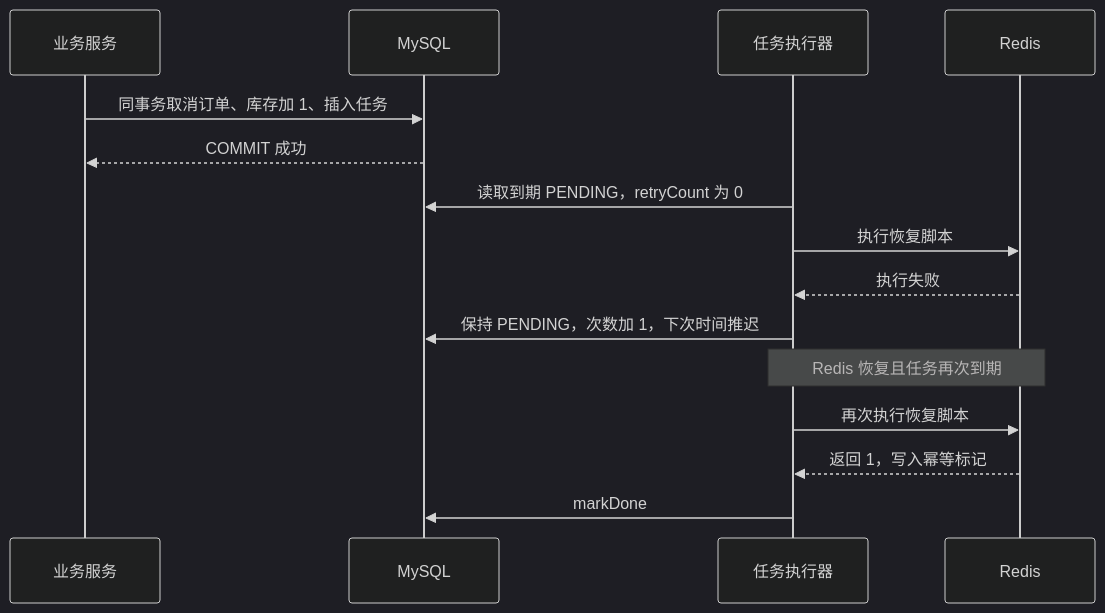
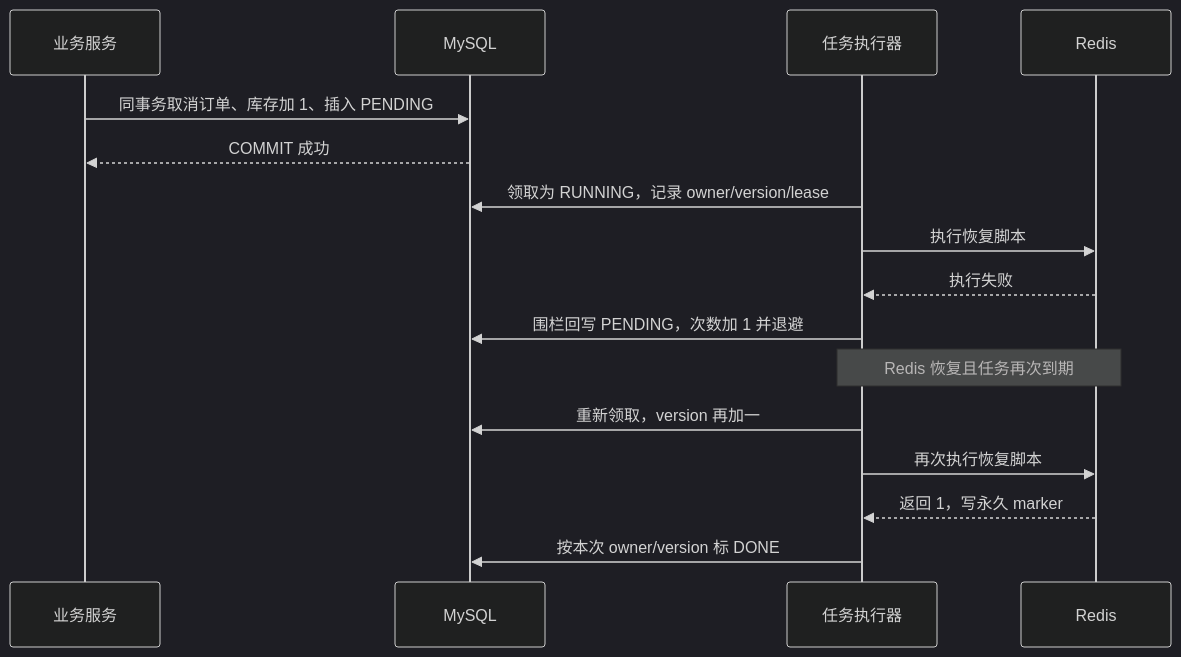
The fourth of 13 diagrams in 04-最终一致性与缓存治理.md (SyH-101/citypass-platform), drawn with Mermaid (dark theme) before and after one commit. The commit also changed other lines of this file and 1 other file, not shown here.

````diff
--- a/04-最终一致性与缓存治理.md
+++ b/04-最终一致性与缓存治理.md
@@ -562,17 +553,18 @@
 ```mermaid
 sequenceDiagram
     participant S as 业务服务
     participant DB as MySQL
     participant W as 任务执行器
     participant R as Redis
-    S->>DB: 同事务取消订单、库存加 1、插入任务
+    S->>DB: 同事务取消订单、库存加 1、插入 PENDING
     DB-->>S: COMMIT 成功
-    W->>DB: 读取到期 PENDING，retryCount 为 0
+    W->>DB: 领取为 RUNNING，记录 owner/version/lease
     W->>R: 执行恢复脚本
     R-->>W: 执行失败
-    W->>DB: 保持 PENDING，次数加 1，下次时间推迟
+    W->>DB: 围栏回写 PENDING，次数加 1 并退避
     Note over W,R: Redis 恢复且任务再次到期
+    W->>DB: 重新领取，version 再加一
     W->>R: 再次执行恢复脚本
-    R-->>W: 返回 1，写入幂等标记
-    W->>DB: markDone
+    R-->>W: 返回 1，写永久 marker
+    W->>DB: 按本次 owner/version 标 DONE
 ```
````
